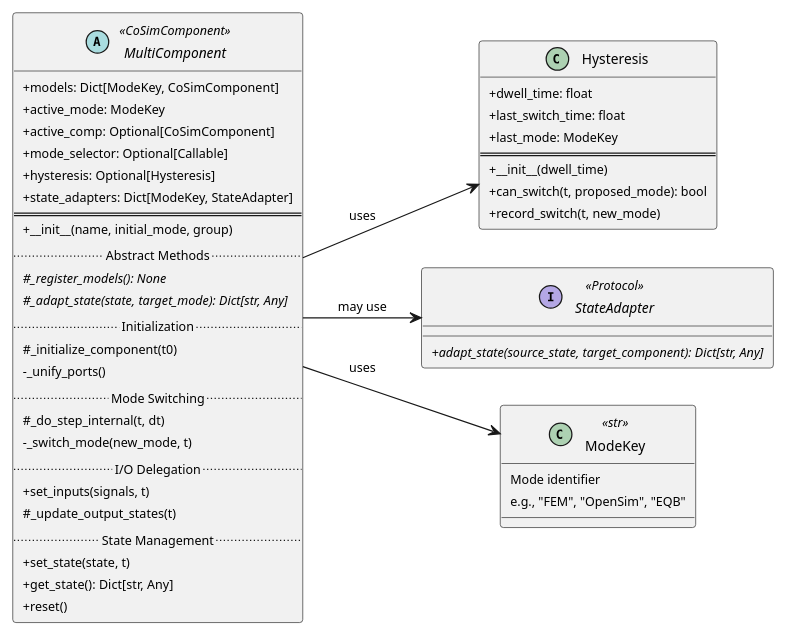
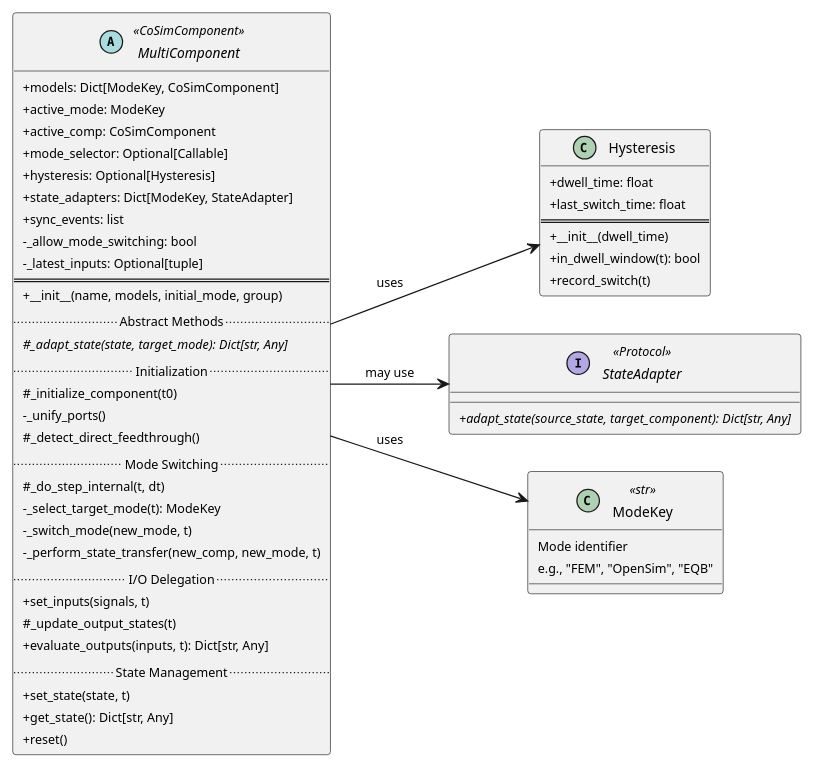
Before and after one commit to FlorianFrech/SystemSimulation: the diagram in thesis/diagrams/src/class/components/multi_comp.puml, drawn with PlantUML. The commit also changed 55 other files, not shown here.

```diff
--- a/thesis/diagrams/src/class/components/multi_comp.puml
+++ b/thesis/diagrams/src/class/components/multi_comp.puml
@@ -1,78 +1,83 @@
 @startuml MultiComponent
 
 ' ============================================================================
 ' STYLING
 ' ============================================================================
 
 skinparam classAttributeIconSize 0
 skinparam padding 2
 skinparam defaultFontSize 10
 skinparam classFontSize 11
 skinparam nodesep 30
 skinparam ranksep 50
 
 ' Color scheme - clean white background
 skinparam backgroundColor white
 
 ' Remove yellow/red default colors
 skinparam shadowing false
 
 left to right direction
 
 ' ============================================================================
 ' MULTI-COMPONENT CLASS
 ' ============================================================================
 
 abstract class MultiComponent <<CoSimComponent>> {
     + models: Dict[ModeKey, CoSimComponent]
     + active_mode: ModeKey
-    + active_comp: Optional[CoSimComponent]
+    + active_comp: CoSimComponent
     + mode_selector: Optional[Callable]
     + hysteresis: Optional[Hysteresis]
     + state_adapters: Dict[ModeKey, StateAdapter]
+    + sync_events: list
+    - _allow_mode_switching: bool
+    - _latest_inputs: Optional[tuple]
     ==
-    + __init__(name, initial_mode, group)
+    + __init__(name, models, initial_mode, group)
     .. Abstract Methods ..
-    {abstract} # _register_models(): None
     {abstract} # _adapt_state(state, target_mode): Dict[str, Any]
     .. Initialization ..
     # _initialize_component(t0)
     - _unify_ports()
+    # _detect_direct_feedthrough()
     .. Mode Switching ..
     # _do_step_internal(t, dt)
+    - _select_target_mode(t): ModeKey
     - _switch_mode(new_mode, t)
+    - _perform_state_transfer(new_comp, new_mode, t)
     .. I/O Delegation ..
     + set_inputs(signals, t)
     # _update_output_states(t)
+    + evaluate_outputs(inputs, t): Dict[str, Any]
     .. State Management ..
     + set_state(state, t)
     + get_state(): Dict[str, Any]
     + reset()
 }
 
 class Hysteresis {
     + dwell_time: float
     + last_switch_time: float
-    + last_mode: ModeKey
     ==
     + __init__(dwell_time)
-    + can_switch(t, proposed_mode): bool
-    + record_switch(t, new_mode)
+    + in_dwell_window(t): bool
+    + record_switch(t)
 }
 
 interface StateAdapter <<Protocol>> {
     {abstract} + adapt_state(source_state, target_component): Dict[str, Any]
 }
 
 ' Type Alias
 class ModeKey <<str>> {
     Mode identifier
     e.g., "FEM", "OpenSim", "EQB"
 }
 
 ' Layout: MultiComponent on left, related classes to the right
 MultiComponent -down-> Hysteresis : uses
 MultiComponent -down-> ModeKey : uses
 MultiComponent -down-> StateAdapter : may use
 
 @enduml
```
